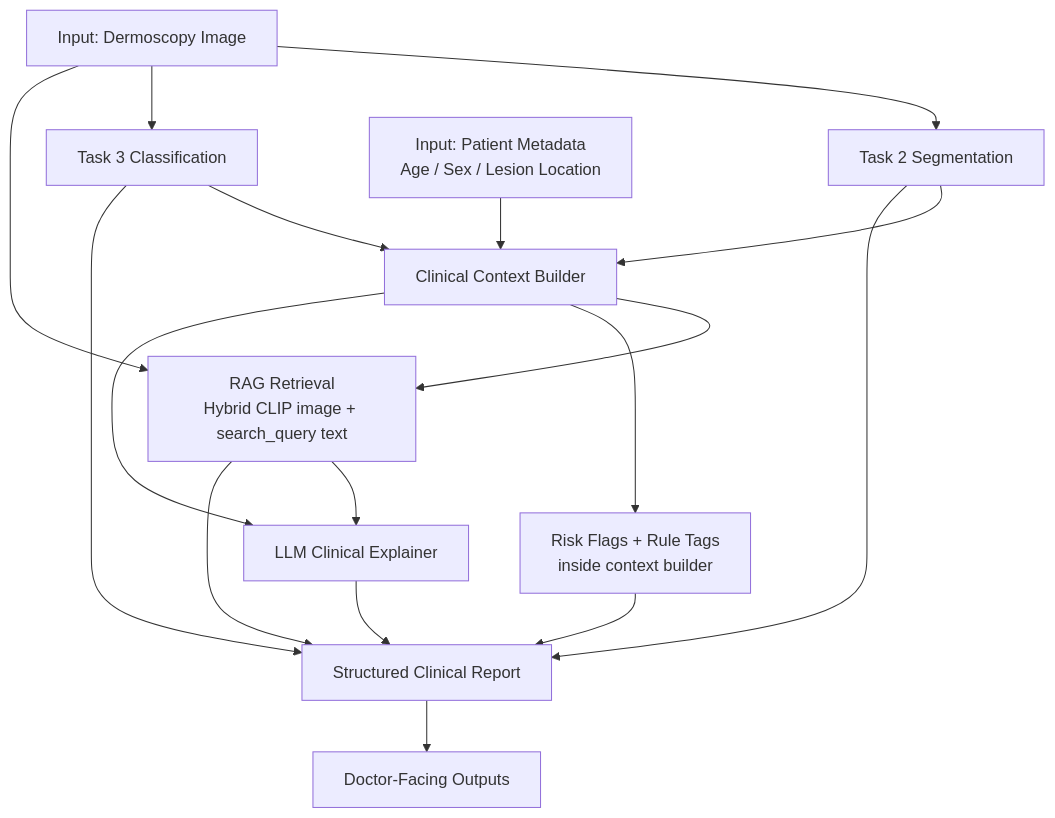
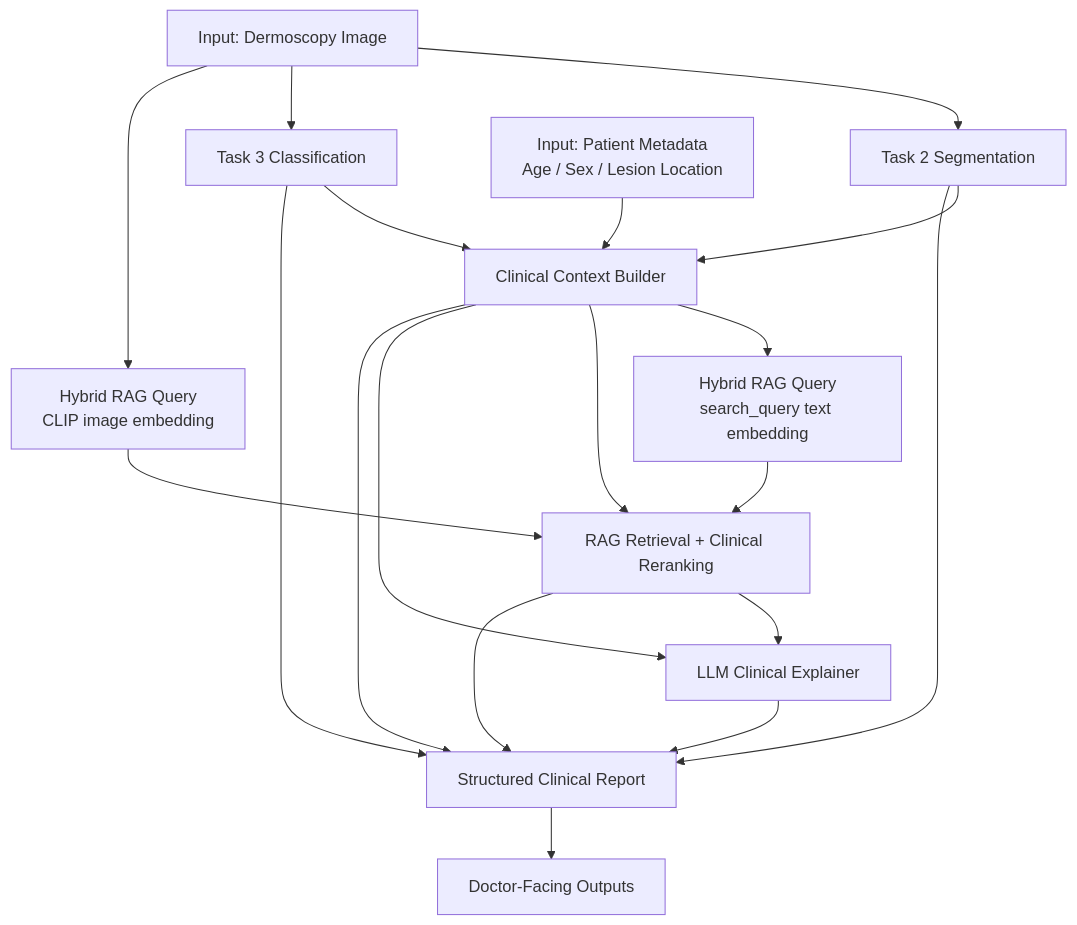
One commit to nhatky160103/Dermai-clinical-assistant-demo changed the second of 2 diagrams in README.md. Above: the diagram before and after it, drawn with Mermaid. The commit also changed other lines of this file and 1 other file, not shown here.

Commit message:
refactor: Update flowchart in README for improved clarity and structure

````diff
--- a/README.md
+++ b/README.md
@@ -178,19 +180,21 @@
 ```mermaid
 flowchart TD
     A[Input: Dermoscopy Image] --> B[Task 2 Segmentation]
     A --> C[Task 3 Classification]
     D[Input: Patient Metadata<br/>Age / Sex / Lesion Location] --> E[Clinical Context Builder]
     B --> E
     C --> E
-    A --> F[RAG Retrieval<br/>Hybrid CLIP image + search_query text]
-    E --> F
-    E --> G[Risk Flags + Rule Tags<br/>inside context builder]
+    A --> F[Hybrid RAG Query<br/>CLIP image embedding]
+    E --> F2[Hybrid RAG Query<br/>search_query text embedding]
+    F --> G[RAG Retrieval + Clinical Reranking]
+    F2 --> G
+    E --> G
     E --> H[LLM Clinical Explainer]
-    F --> H
+    G --> H
     B --> I[Structured Clinical Report]
     C --> I
-    F --> I
+    E --> I
+    G --> I
     H --> I
-    G --> I
     I --> J[Doctor-Facing Outputs]
 ```
````
